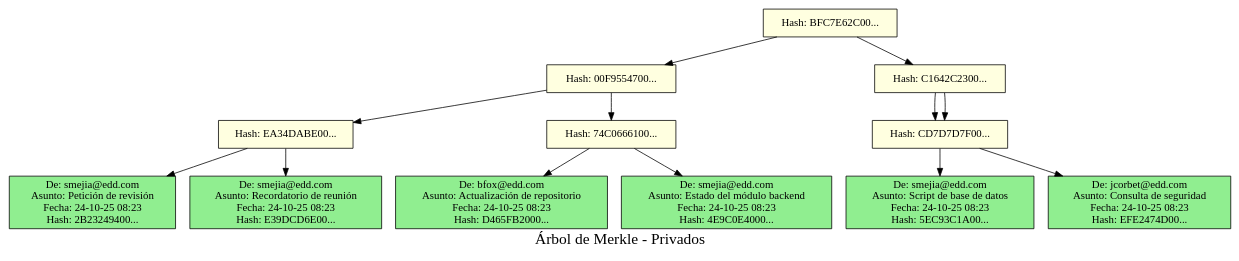
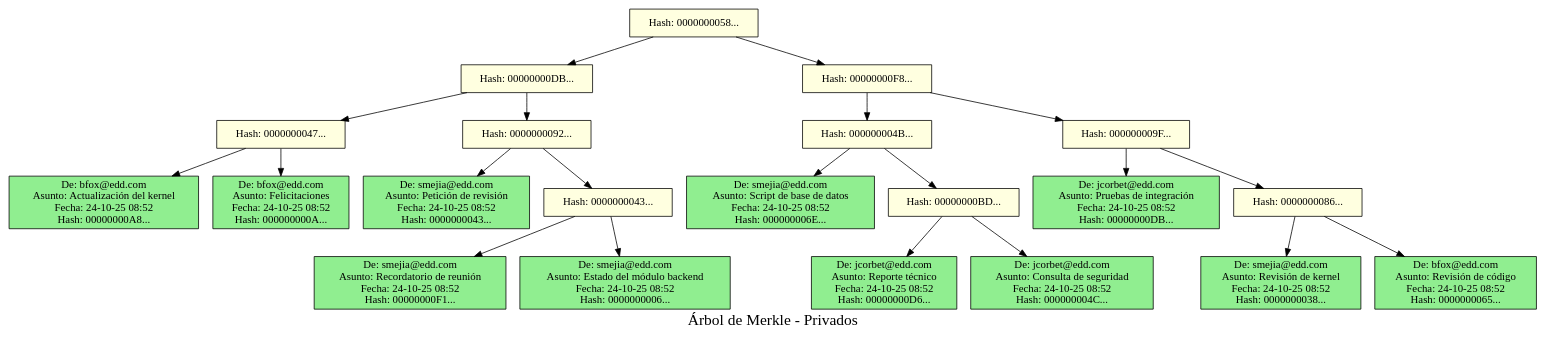
Before and after one commit to JoseArt777/-EDD-1S2025_202100305: the diagram in Fase1/src/lgarcia-Reportes/merkle_tree.dot, drawn with Graphviz. The commit also changed 5 other files, not shown here.

```diff
--- a/Fase1/src/lgarcia-Reportes/merkle_tree.dot
+++ b/Fase1/src/lgarcia-Reportes/merkle_tree.dot
@@ -1,31 +1,48 @@
 digraph MerkleTree {
     label="Árbol de Merkle - Privados";
     fontsize=20;
     node [shape=box, style=filled];
     rankdir=TB;
 
-    node0 [label="Hash: BFC7E62C00...", fillcolor=lightyellow];
-    node1 [label="Hash: 00F9554700...", fillcolor=lightyellow];
-    node2 [label="Hash: EA34DABE00...", fillcolor=lightyellow];
-    node3 [label="De: smejia@edd.com\nAsunto: Petición de revisión\nFecha: 24-10-25 08:23\nHash: 2B23249400...", fillcolor=lightgreen];
+    node0 [label="Hash: 0000000058...", fillcolor=lightyellow];
+    node1 [label="Hash: 00000000DB...", fillcolor=lightyellow];
+    node2 [label="Hash: 0000000047...", fillcolor=lightyellow];
+    node3 [label="De: bfox@edd.com\nAsunto: Actualización del kernel\nFecha: 24-10-25 08:52\nHash: 00000000A8...", fillcolor=lightgreen];
     node2 -> node3;
-    node4 [label="De: smejia@edd.com\nAsunto: Recordatorio de reunión\nFecha: 24-10-25 08:23\nHash: E39DCD6E00...", fillcolor=lightgreen];
+    node4 [label="De: bfox@edd.com\nAsunto: Felicitaciones\nFecha: 24-10-25 08:52\nHash: 000000000A...", fillcolor=lightgreen];
     node2 -> node4;
     node1 -> node2;
-    node5 [label="Hash: 74C0666100...", fillcolor=lightyellow];
-    node6 [label="De: bfox@edd.com\nAsunto: Actualización de repositorio\nFecha: 24-10-25 08:23\nHash: D465FB2000...", fillcolor=lightgreen];
+    node5 [label="Hash: 0000000092...", fillcolor=lightyellow];
+    node6 [label="De: smejia@edd.com\nAsunto: Petición de revisión\nFecha: 24-10-25 08:52\nHash: 0000000043...", fillcolor=lightgreen];
     node5 -> node6;
-    node7 [label="De: smejia@edd.com\nAsunto: Estado del módulo backend\nFecha: 24-10-25 08:23\nHash: 4E9C0E4000...", fillcolor=lightgreen];
+    node7 [label="Hash: 0000000043...", fillcolor=lightyellow];
+    node8 [label="De: smejia@edd.com\nAsunto: Recordatorio de reunión\nFecha: 24-10-25 08:52\nHash: 00000000F1...", fillcolor=lightgreen];
+    node7 -> node8;
+    node9 [label="De: smejia@edd.com\nAsunto: Estado del módulo backend\nFecha: 24-10-25 08:52\nHash: 0000000006...", fillcolor=lightgreen];
+    node7 -> node9;
     node5 -> node7;
     node1 -> node5;
     node0 -> node1;
-    node8 [label="Hash: C1642C2300...", fillcolor=lightyellow];
-    node9 [label="Hash: CD7D7D7F00...", fillcolor=lightyellow];
-    node10 [label="De: smejia@edd.com\nAsunto: Script de base de datos\nFecha: 24-10-25 08:23\nHash: 5EC93C1A00...", fillcolor=lightgreen];
-    node9 -> node10;
-    node11 [label="De: jcorbet@edd.com\nAsunto: Consulta de seguridad\nFecha: 24-10-25 08:23\nHash: EFE2474D00...", fillcolor=lightgreen];
-    node9 -> node11;
-    node8 -> node9;
-    node8 -> node9;
-    node0 -> node8;
+    node10 [label="Hash: 00000000F8...", fillcolor=lightyellow];
+    node11 [label="Hash: 000000004B...", fillcolor=lightyellow];
+    node12 [label="De: smejia@edd.com\nAsunto: Script de base de datos\nFecha: 24-10-25 08:52\nHash: 000000006E...", fillcolor=lightgreen];
+    node11 -> node12;
+    node13 [label="Hash: 00000000BD...", fillcolor=lightyellow];
+    node14 [label="De: jcorbet@edd.com\nAsunto: Reporte técnico\nFecha: 24-10-25 08:52\nHash: 00000000D6...", fillcolor=lightgreen];
+    node13 -> node14;
+    node15 [label="De: jcorbet@edd.com\nAsunto: Consulta de seguridad\nFecha: 24-10-25 08:52\nHash: 000000004C...", fillcolor=lightgreen];
+    node13 -> node15;
+    node11 -> node13;
+    node10 -> node11;
+    node16 [label="Hash: 000000009F...", fillcolor=lightyellow];
+    node17 [label="De: jcorbet@edd.com\nAsunto: Pruebas de integración\nFecha: 24-10-25 08:52\nHash: 00000000DB...", fillcolor=lightgreen];
+    node16 -> node17;
+    node18 [label="Hash: 0000000086...", fillcolor=lightyellow];
+    node19 [label="De: smejia@edd.com\nAsunto: Revisión de kernel\nFecha: 24-10-25 08:52\nHash: 0000000038...", fillcolor=lightgreen];
+    node18 -> node19;
+    node20 [label="De: bfox@edd.com\nAsunto: Revisión de código\nFecha: 24-10-25 08:52\nHash: 0000000065...", fillcolor=lightgreen];
+    node18 -> node20;
+    node16 -> node18;
+    node10 -> node16;
+    node0 -> node10;
 }
```
